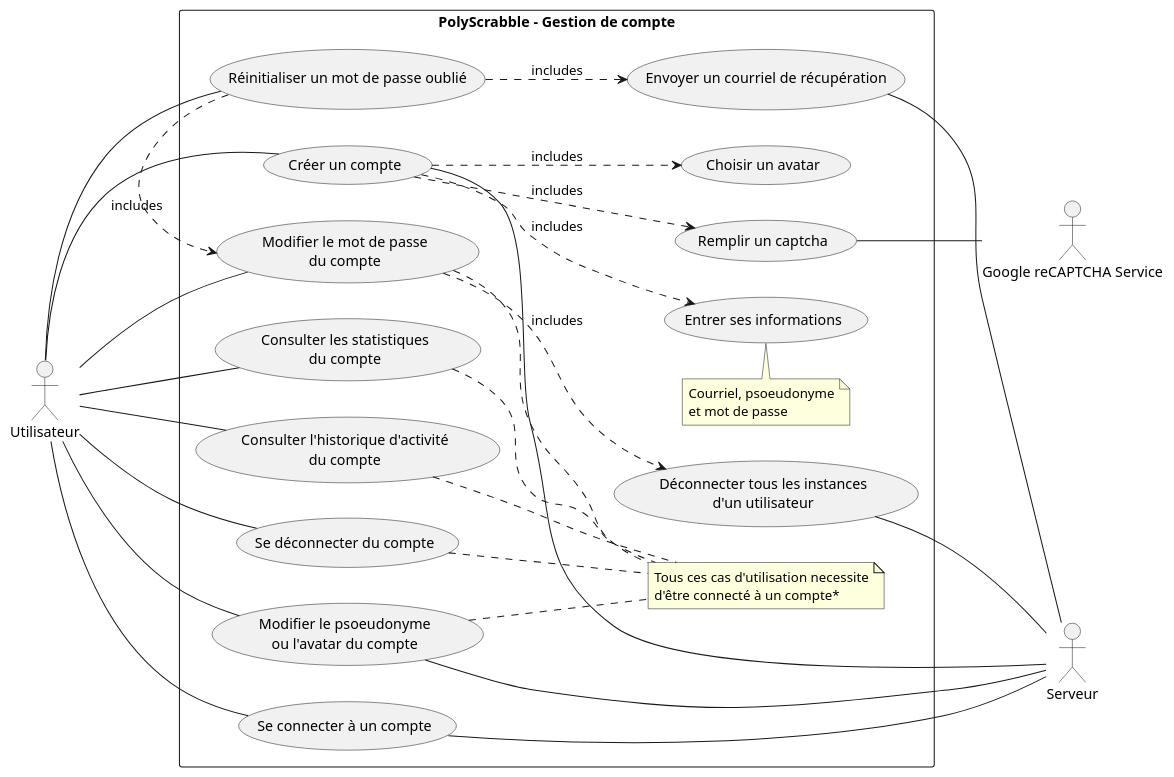
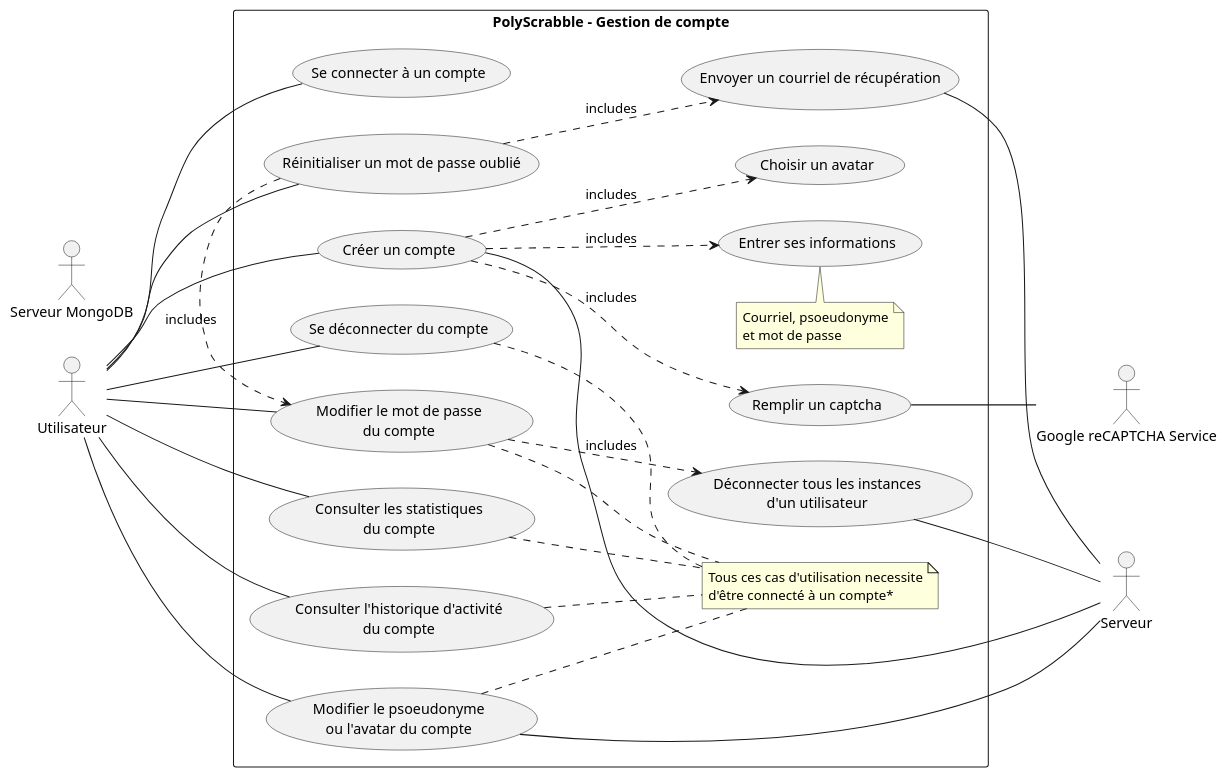
Before and after one commit to yasskadd/Scrabble: the second of 8 diagrams in doc/LOG3900-110_Architecture_Logiciel.md, drawn with PlantUML. The commit also changed other lines of this file, not shown here.

Commit message:
changes to game use case diagram

```diff
--- a/doc/LOG3900-110_Architecture_Logiciel.md
+++ b/doc/LOG3900-110_Architecture_Logiciel.md
@@ -45,59 +45,59 @@
 @startuml
 
 left to right direction
 
 actor Utilisateur as user
 actor Serveur as server
 actor "Google reCAPTCHA Service" as recaptcha
+actor "Serveur MongoDB" as mongodb
 
 rectangle "PolyScrabble - Gestion de compte" {
 usecase "Créer un compte" as UC1
 usecase "Entrer ses informations" as UC1.1
 usecase "Choisir un avatar" as UC1.2
 usecase "Remplir un captcha" as UC1.3
 usecase "Se connecter à un compte" as UC2
 usecase "Modifier le psoeudonyme\nou l'avatar du compte" as UC3
 usecase "Modifier le mot de passe\ndu compte" as UC7
 usecase "Consulter les statistiques\ndu compte" as UC4
 usecase "Consulter l'historique d'activité\ndu compte" as UC5
 usecase "Réinitialiser un mot de passe oublié" as UC6
 usecase "Envoyer un courriel de récupération" as UC6.1
 usecase "Se déconnecter du compte" as UC8
 usecase "Déconnecter tous les instances\nd'un utilisateur" as UC9
 
     note top of UC1.1 : Courriel, psoeudonyme\net mot de passe
 
     note "Tous ces cas d'utilisation necessite\nd'être connecté à un compte*" as Note2
 
 }
 
 user -- UC1
 UC1 ..> UC1.1 : includes
 UC1 ..> UC1.2 : includes
 UC1 ..> UC1.3 : includes
 UC1.3 -- recaptcha
 
 UC3 .. Note2
 UC4 .. Note2
 UC7 .. Note2
 UC5 .. Note2
 UC8 .. Note2
 
 user - UC2
 user -- UC3
 user -- UC4
 user -- UC5
 user -- UC6
 UC6 ..> UC6.1 : includes
 UC6 .> UC7 : includes
 user -- UC7
 UC7 ..> UC9 : includes
 user -- UC8
 
 UC1 -- server
-UC2 -- server
 UC3 -- server
 UC6.1 -- server
 UC9 -- server
 
 @enduml
```
